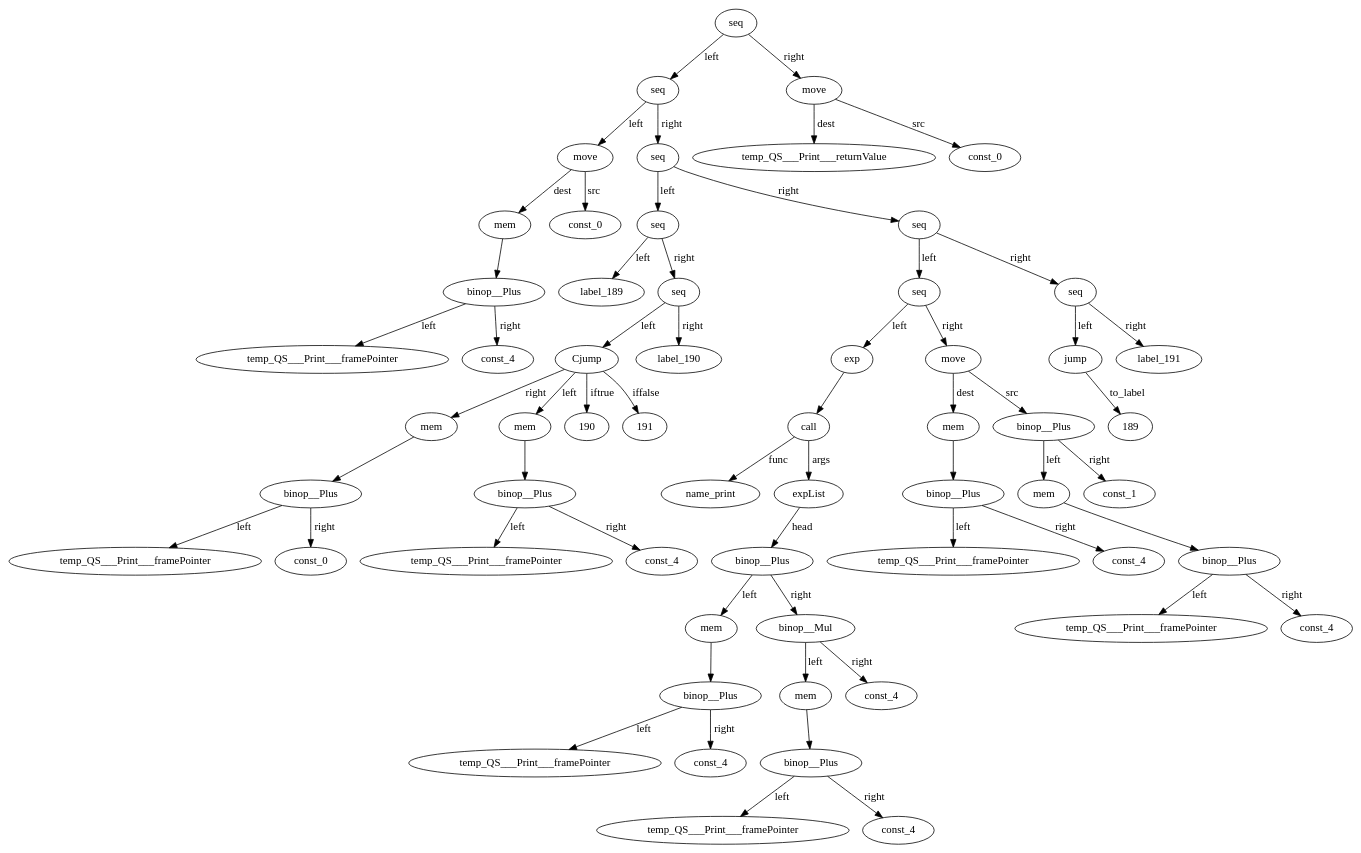
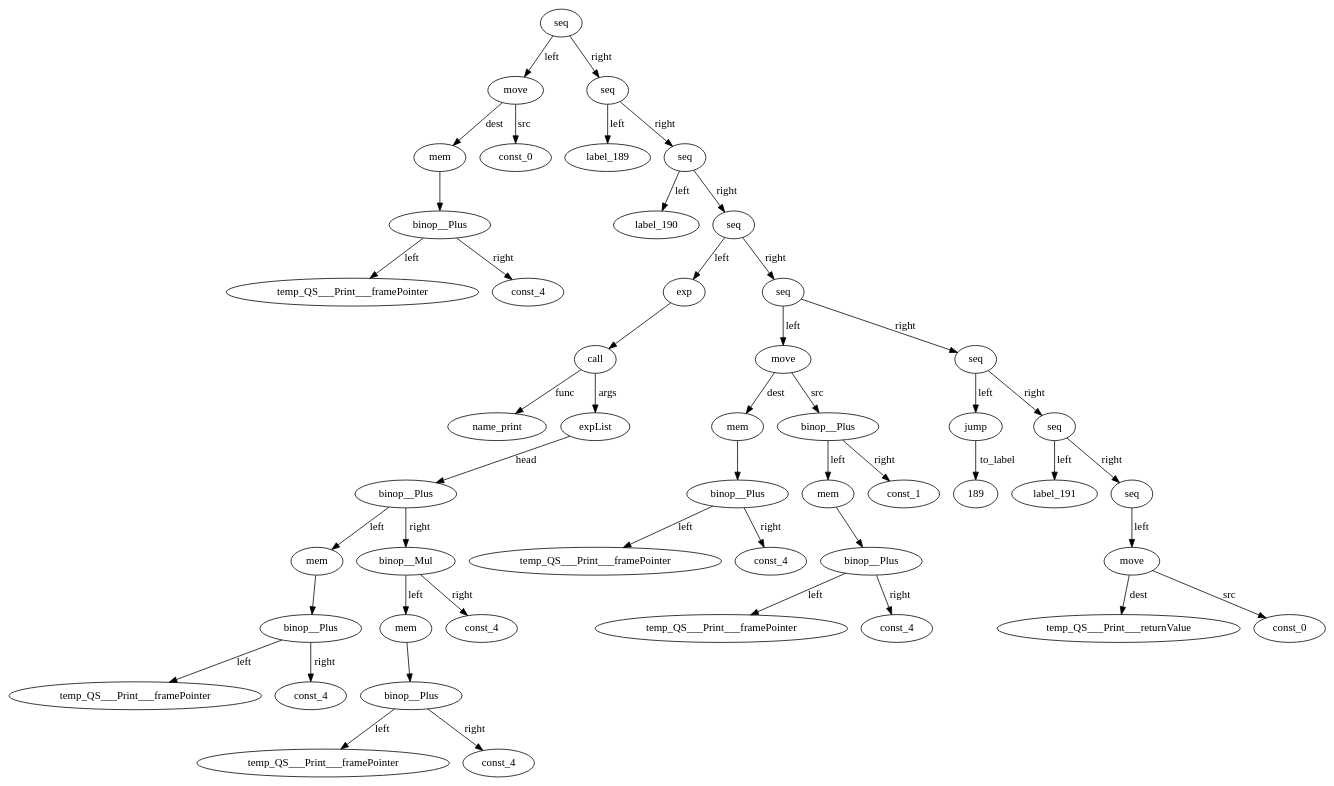
Before and after one commit to AnnaSavinova/GirlsHeapCompiler: the diagram in Compiler/Compiler/IRTree_QS___Print.dot, drawn with Graphviz. The commit also changed 14 other files, not shown here.

```diff
--- a/Compiler/Compiler/IRTree_QS___Print.dot
+++ b/Compiler/Compiler/IRTree_QS___Print.dot
@@ -1,117 +1,97 @@
 digraph {
 temp_QS___Print___framePointer__id_0 [ label="temp_QS___Print___framePointer" ]; 
 const_4__id_1 [ label="const_4" ]; 
 binop__Plus__id_2 [ label="binop__Plus" ]; 
 binop__Plus__id_2 -> const_4__id_1 [ label="right"] ; 
 binop__Plus__id_2 -> temp_QS___Print___framePointer__id_0 [ label="left"] ; 
 mem__id_3 [ label="mem" ]; 
 mem__id_3 -> binop__Plus__id_2 ; 
 const_0__id_4 [ label="const_0" ]; 
 move__id_5 [ label="move" ]; 
 move__id_5 -> mem__id_3 [ label="dest"] ; 
 move__id_5 -> const_0__id_4 [ label="src"] ; 
 label_189__id_6 [ label="label_189" ]; 
-temp_QS___Print___framePointer__id_7 [ label="temp_QS___Print___framePointer" ]; 
-const_0__id_8 [ label="const_0" ]; 
-binop__Plus__id_9 [ label="binop__Plus" ]; 
-binop__Plus__id_9 -> const_0__id_8 [ label="right"] ; 
-binop__Plus__id_9 -> temp_QS___Print___framePointer__id_7 [ label="left"] ; 
-mem__id_10 [ label="mem" ]; 
-mem__id_10 -> binop__Plus__id_9 ; 
-temp_QS___Print___framePointer__id_11 [ label="temp_QS___Print___framePointer" ]; 
-const_4__id_12 [ label="const_4" ]; 
-binop__Plus__id_13 [ label="binop__Plus" ]; 
-binop__Plus__id_13 -> const_4__id_12 [ label="right"] ; 
-binop__Plus__id_13 -> temp_QS___Print___framePointer__id_11 [ label="left"] ; 
-mem__id_14 [ label="mem" ]; 
-mem__id_14 -> binop__Plus__id_13 ; 
-Cjump__id_15 [ label="Cjump" ]; 
-Cjump__id_15 -> mem__id_10 [ label="right"] ; 
-Cjump__id_15 -> mem__id_14 [ label="left"] ; 
-Cjump__id_15 -> 190 [ label="iftrue"] ; 
-Cjump__id_15 -> 191 [ label="iffalse"] ; 
-label_190__id_16 [ label="label_190" ]; 
-seq__id_17 [ label="seq" ]; 
-seq__id_17 -> Cjump__id_15 [ label="left"] ; 
-seq__id_17 -> label_190__id_16 [ label="right"] ; 
-seq__id_18 [ label="seq" ]; 
-seq__id_18 -> label_189__id_6 [ label="left"] ; 
-seq__id_18 -> seq__id_17 [ label="right"] ; 
-name_print__id_19 [ label="name_print" ]; 
-temp_QS___Print___framePointer__id_20 [ label="temp_QS___Print___framePointer" ]; 
-const_4__id_21 [ label="const_4" ]; 
-binop__Plus__id_22 [ label="binop__Plus" ]; 
-binop__Plus__id_22 -> const_4__id_21 [ label="right"] ; 
-binop__Plus__id_22 -> temp_QS___Print___framePointer__id_20 [ label="left"] ; 
-mem__id_23 [ label="mem" ]; 
-mem__id_23 -> binop__Plus__id_22 ; 
-temp_QS___Print___framePointer__id_24 [ label="temp_QS___Print___framePointer" ]; 
-const_4__id_25 [ label="const_4" ]; 
-binop__Plus__id_26 [ label="binop__Plus" ]; 
-binop__Plus__id_26 -> const_4__id_25 [ label="right"] ; 
-binop__Plus__id_26 -> temp_QS___Print___framePointer__id_24 [ label="left"] ; 
-mem__id_27 [ label="mem" ]; 
-mem__id_27 -> binop__Plus__id_26 ; 
+label_190__id_7 [ label="label_190" ]; 
+name_print__id_8 [ label="name_print" ]; 
+temp_QS___Print___framePointer__id_9 [ label="temp_QS___Print___framePointer" ]; 
+const_4__id_10 [ label="const_4" ]; 
+binop__Plus__id_11 [ label="binop__Plus" ]; 
+binop__Plus__id_11 -> const_4__id_10 [ label="right"] ; 
+binop__Plus__id_11 -> temp_QS___Print___framePointer__id_9 [ label="left"] ; 
+mem__id_12 [ label="mem" ]; 
+mem__id_12 -> binop__Plus__id_11 ; 
+temp_QS___Print___framePointer__id_13 [ label="temp_QS___Print___framePointer" ]; 
+const_4__id_14 [ label="const_4" ]; 
+binop__Plus__id_15 [ label="binop__Plus" ]; 
+binop__Plus__id_15 -> const_4__id_14 [ label="right"] ; 
+binop__Plus__id_15 -> temp_QS___Print___framePointer__id_13 [ label="left"] ; 
+mem__id_16 [ label="mem" ]; 
+mem__id_16 -> binop__Plus__id_15 ; 
+const_4__id_17 [ label="const_4" ]; 
+binop__Mul__id_18 [ label="binop__Mul" ]; 
+binop__Mul__id_18 -> const_4__id_17 [ label="right"] ; 
+binop__Mul__id_18 -> mem__id_16 [ label="left"] ; 
+binop__Plus__id_19 [ label="binop__Plus" ]; 
+binop__Plus__id_19 -> binop__Mul__id_18 [ label="right"] ; 
+binop__Plus__id_19 -> mem__id_12 [ label="left"] ; 
+expList__id_20 [ label="expList" ]; 
+expList__id_20 -> binop__Plus__id_19 [ label="head"] ; 
+call__id_21 [ label="call" ]; 
+call__id_21 -> name_print__id_8 [ label="func"] ; 
+call__id_21 -> expList__id_20 [ label="args"] ; 
+exp__id_22 [ label="exp" ]; 
+exp__id_22 -> call__id_21 ; 
+temp_QS___Print___framePointer__id_23 [ label="temp_QS___Print___framePointer" ]; 
+const_4__id_24 [ label="const_4" ]; 
+binop__Plus__id_25 [ label="binop__Plus" ]; 
+binop__Plus__id_25 -> const_4__id_24 [ label="right"] ; 
+binop__Plus__id_25 -> temp_QS___Print___framePointer__id_23 [ label="left"] ; 
+mem__id_26 [ label="mem" ]; 
+mem__id_26 -> binop__Plus__id_25 ; 
+temp_QS___Print___framePointer__id_27 [ label="temp_QS___Print___framePointer" ]; 
 const_4__id_28 [ label="const_4" ]; 
-binop__Mul__id_29 [ label="binop__Mul" ]; 
-binop__Mul__id_29 -> const_4__id_28 [ label="right"] ; 
-binop__Mul__id_29 -> mem__id_27 [ label="left"] ; 
-binop__Plus__id_30 [ label="binop__Plus" ]; 
-binop__Plus__id_30 -> binop__Mul__id_29 [ label="right"] ; 
-binop__Plus__id_30 -> mem__id_23 [ label="left"] ; 
-expList__id_31 [ label="expList" ]; 
-expList__id_31 -> binop__Plus__id_30 [ label="head"] ; 
-call__id_32 [ label="call" ]; 
-call__id_32 -> name_print__id_19 [ label="func"] ; 
-call__id_32 -> expList__id_31 [ label="args"] ; 
-exp__id_33 [ label="exp" ]; 
-exp__id_33 -> call__id_32 ; 
-temp_QS___Print___framePointer__id_34 [ label="temp_QS___Print___framePointer" ]; 
-const_4__id_35 [ label="const_4" ]; 
-binop__Plus__id_36 [ label="binop__Plus" ]; 
-binop__Plus__id_36 -> const_4__id_35 [ label="right"] ; 
-binop__Plus__id_36 -> temp_QS___Print___framePointer__id_34 [ label="left"] ; 
-mem__id_37 [ label="mem" ]; 
-mem__id_37 -> binop__Plus__id_36 ; 
-temp_QS___Print___framePointer__id_38 [ label="temp_QS___Print___framePointer" ]; 
-const_4__id_39 [ label="const_4" ]; 
-binop__Plus__id_40 [ label="binop__Plus" ]; 
-binop__Plus__id_40 -> const_4__id_39 [ label="right"] ; 
-binop__Plus__id_40 -> temp_QS___Print___framePointer__id_38 [ label="left"] ; 
-mem__id_41 [ label="mem" ]; 
-mem__id_41 -> binop__Plus__id_40 ; 
-const_1__id_42 [ label="const_1" ]; 
-binop__Plus__id_43 [ label="binop__Plus" ]; 
-binop__Plus__id_43 -> const_1__id_42 [ label="right"] ; 
-binop__Plus__id_43 -> mem__id_41 [ label="left"] ; 
-move__id_44 [ label="move" ]; 
-move__id_44 -> mem__id_37 [ label="dest"] ; 
-move__id_44 -> binop__Plus__id_43 [ label="src"] ; 
+binop__Plus__id_29 [ label="binop__Plus" ]; 
+binop__Plus__id_29 -> const_4__id_28 [ label="right"] ; 
+binop__Plus__id_29 -> temp_QS___Print___framePointer__id_27 [ label="left"] ; 
+mem__id_30 [ label="mem" ]; 
+mem__id_30 -> binop__Plus__id_29 ; 
+const_1__id_31 [ label="const_1" ]; 
+binop__Plus__id_32 [ label="binop__Plus" ]; 
+binop__Plus__id_32 -> const_1__id_31 [ label="right"] ; 
+binop__Plus__id_32 -> mem__id_30 [ label="left"] ; 
+move__id_33 [ label="move" ]; 
+move__id_33 -> mem__id_26 [ label="dest"] ; 
+move__id_33 -> binop__Plus__id_32 [ label="src"] ; 
+jump__id_34 [ label="jump" ]; 
+jump__id_34 -> 189 [ label="to_label"] ; 
+label_191__id_35 [ label="label_191" ]; 
+temp_QS___Print___returnValue__id_36 [ label="temp_QS___Print___returnValue" ]; 
+const_0__id_37 [ label="const_0" ]; 
+move__id_38 [ label="move" ]; 
+move__id_38 -> temp_QS___Print___returnValue__id_36 [ label="dest"] ; 
+move__id_38 -> const_0__id_37 [ label="src"] ; 
+seq__id_39 [ label="seq" ]; 
+seq__id_39 -> move__id_38 [ label="left"] ; 
+seq__id_40 [ label="seq" ]; 
+seq__id_40 -> label_191__id_35 [ label="left"] ; 
+seq__id_40 -> seq__id_39 [ label="right"] ; 
+seq__id_41 [ label="seq" ]; 
+seq__id_41 -> jump__id_34 [ label="left"] ; 
+seq__id_41 -> seq__id_40 [ label="right"] ; 
+seq__id_42 [ label="seq" ]; 
+seq__id_42 -> move__id_33 [ label="left"] ; 
+seq__id_42 -> seq__id_41 [ label="right"] ; 
+seq__id_43 [ label="seq" ]; 
+seq__id_43 -> exp__id_22 [ label="left"] ; 
+seq__id_43 -> seq__id_42 [ label="right"] ; 
+seq__id_44 [ label="seq" ]; 
+seq__id_44 -> label_190__id_7 [ label="left"] ; 
+seq__id_44 -> seq__id_43 [ label="right"] ; 
 seq__id_45 [ label="seq" ]; 
-seq__id_45 -> exp__id_33 [ label="left"] ; 
-seq__id_45 -> move__id_44 [ label="right"] ; 
-jump__id_46 [ label="jump" ]; 
-jump__id_46 -> 189 [ label="to_label"] ; 
-label_191__id_47 [ label="label_191" ]; 
-seq__id_48 [ label="seq" ]; 
-seq__id_48 -> jump__id_46 [ label="left"] ; 
-seq__id_48 -> label_191__id_47 [ label="right"] ; 
-seq__id_49 [ label="seq" ]; 
-seq__id_49 -> seq__id_45 [ label="left"] ; 
-seq__id_49 -> seq__id_48 [ label="right"] ; 
-seq__id_50 [ label="seq" ]; 
-seq__id_50 -> seq__id_18 [ label="left"] ; 
-seq__id_50 -> seq__id_49 [ label="right"] ; 
-seq__id_51 [ label="seq" ]; 
-seq__id_51 -> move__id_5 [ label="left"] ; 
-seq__id_51 -> seq__id_50 [ label="right"] ; 
-temp_QS___Print___returnValue__id_52 [ label="temp_QS___Print___returnValue" ]; 
-const_0__id_53 [ label="const_0" ]; 
-move__id_54 [ label="move" ]; 
-move__id_54 -> temp_QS___Print___returnValue__id_52 [ label="dest"] ; 
-move__id_54 -> const_0__id_53 [ label="src"] ; 
-seq__id_55 [ label="seq" ]; 
-seq__id_55 -> seq__id_51 [ label="left"] ; 
-seq__id_55 -> move__id_54 [ label="right"] ; 
+seq__id_45 -> label_189__id_6 [ label="left"] ; 
+seq__id_45 -> seq__id_44 [ label="right"] ; 
+seq__id_46 [ label="seq" ]; 
+seq__id_46 -> move__id_5 [ label="left"] ; 
+seq__id_46 -> seq__id_45 [ label="right"] ; 
 
 }
```
